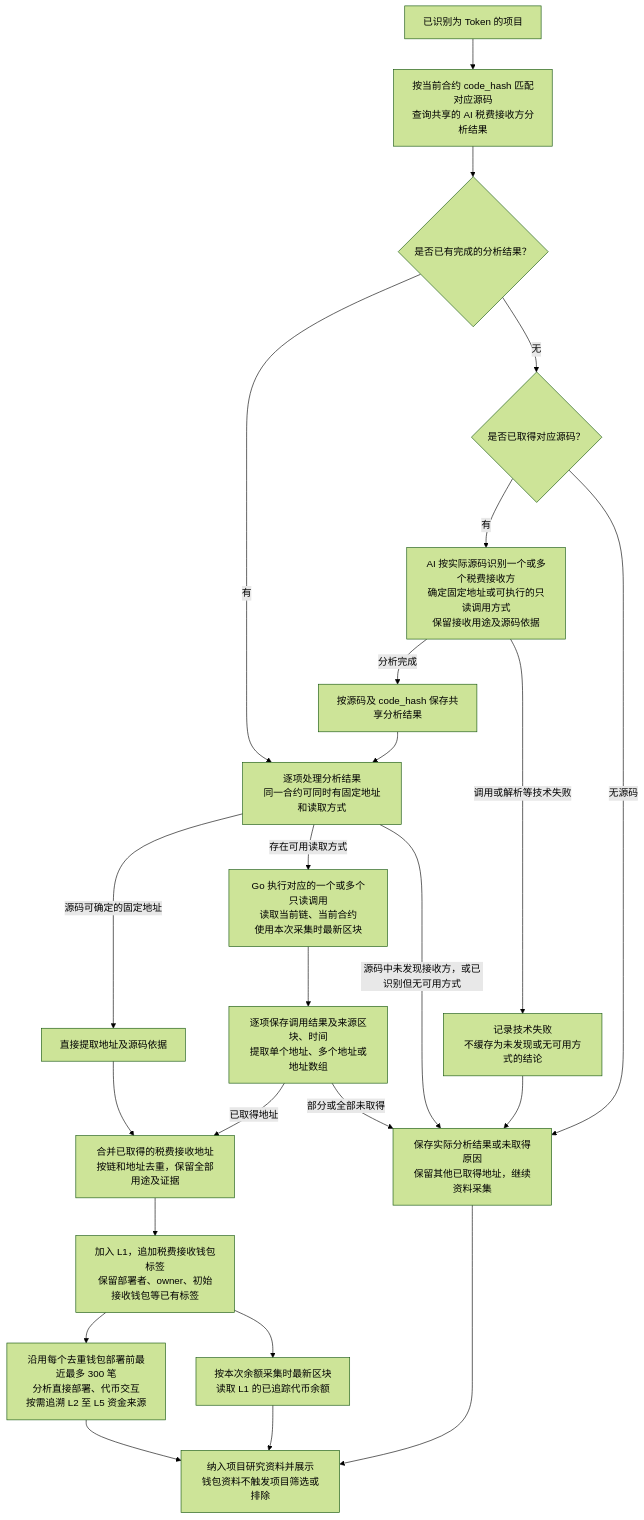
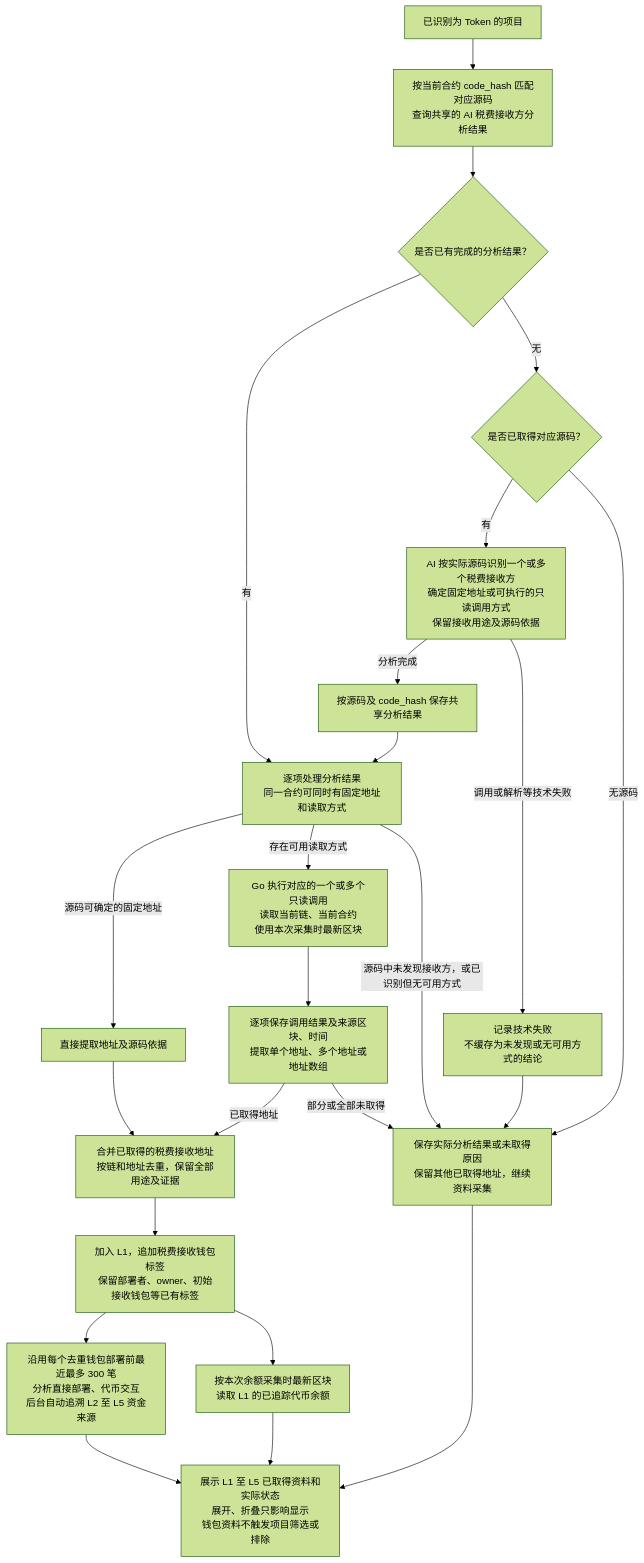
Before and after one commit to useryege/athena-o: the diagram in docs/project/token-fee-recipient-wallet-flow.md, drawn with Mermaid (forest theme). The commit also changed other lines of this file and 17 other files, not shown here.

````diff
--- a/docs/project/token-fee-recipient-wallet-flow.md
+++ b/docs/project/token-fee-recipient-wallet-flow.md
@@ -15,26 +17,26 @@
 ```mermaid
 flowchart TD
     project["已识别为 Token 的项目"] --> lookup["按当前合约 code_hash 匹配对应源码<br/>查询共享的 AI 税费接收方分析结果"]
     lookup --> cached{"是否已有完成的分析结果？"}
     cached -->|"有"| entries["逐项处理分析结果<br/>同一合约可同时有固定地址和读取方式"]
     cached -->|"无"| source{"是否已取得对应源码？"}
     source -->|"有"| analyze["AI 按实际源码识别一个或多个税费接收方<br/>确定固定地址或可执行的只读调用方式<br/>保留接收用途及源码依据"]
     analyze -->|"分析完成"| save["按源码及 code_hash 保存共享分析结果"]
     save --> entries
     entries -->|"源码可确定的固定地址"| fixed["直接提取地址及源码依据"]
     entries -->|"存在可用读取方式"| read["Go 执行对应的一个或多个只读调用<br/>读取当前链、当前合约<br/>使用本次采集时最新区块"]
     read --> readResult["逐项保存调用结果及来源区块、时间<br/>提取单个地址、多个地址或地址数组"]
     fixed --> merge["合并已取得的税费接收地址<br/>按链和地址去重，保留全部用途及证据"]
     readResult -->|"已取得地址"| merge
     entries -->|"源码中未发现接收方，或已识别但无可用方式"| unavailable["保存实际分析结果或未取得原因<br/>保留其他已取得地址，继续资料采集"]
     source -->|"无源码"| unavailable
     analyze -->|"调用或解析等技术失败"| failed["记录技术失败<br/>不缓存为未发现或无可用方式的结论"]
     failed --> unavailable
     readResult -->|"部分或全部未取得"| unavailable
     merge --> related["加入 L1，追加税费接收钱包标签<br/>保留部署者、owner、初始接收钱包等已有标签"]
-    related --> history["沿用每个去重钱包部署前最近最多 300 笔<br/>分析直接部署、代币交互<br/>按需追溯 L2 至 L5 资金来源"]
+    related --> history["沿用每个去重钱包部署前最近最多 300 笔<br/>分析直接部署、代币交互<br/>后台自动追溯 L2 至 L5 资金来源"]
     related --> assets["按本次余额采集时最新区块<br/>读取 L1 的已追踪代币余额"]
-    history --> display["纳入项目研究资料并展示<br/>钱包资料不触发项目筛选或排除"]
+    history --> display["展示 L1 至 L5 已取得资料和实际状态<br/>展开、折叠只影响显示<br/>钱包资料不触发项目筛选或排除"]
     assets --> display
     unavailable --> display
 ```
````
